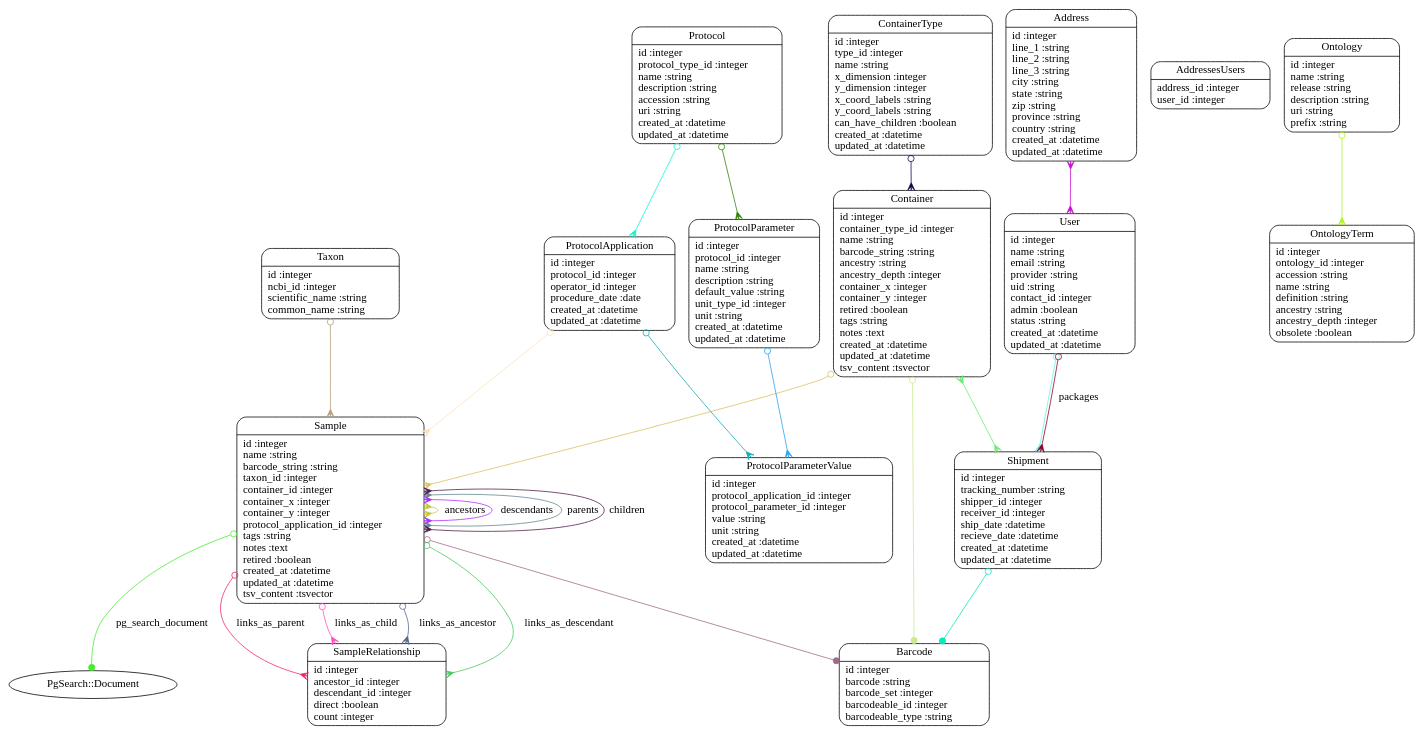
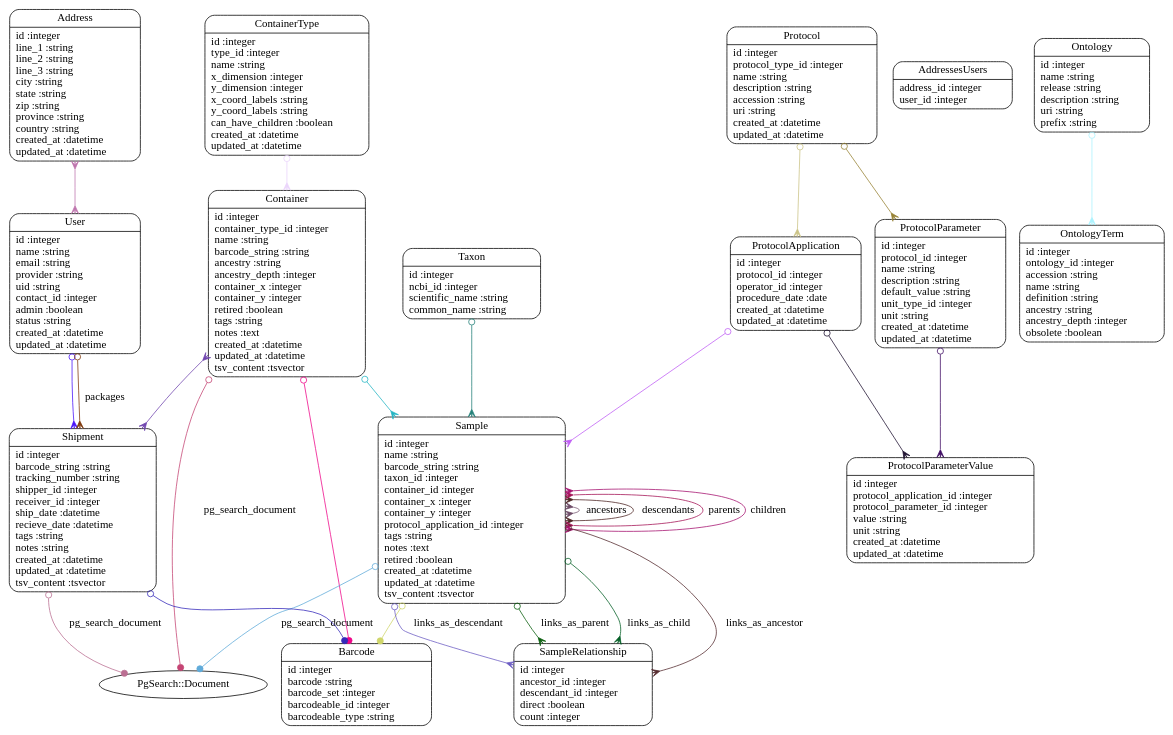
Before and after one commit to dimitras/collos: the diagram in models.dot, drawn with Graphviz. The commit also changed 10 other files, not shown here.

```diff
--- a/models.dot
+++ b/models.dot
@@ -1,44 +1,46 @@
 digraph models_diagram {
 	graph[overlap=false, splines=true]
 	"Address" [shape=Mrecord, label="{Address|id :integer\lline_1 :string\lline_2 :string\lline_3 :string\lcity :string\lstate :string\lzip :string\lprovince :string\lcountry :string\lcreated_at :datetime\lupdated_at :datetime\l}"]
 	"AddressesUsers" [shape=Mrecord, label="{AddressesUsers|address_id :integer\luser_id :integer\l}"]
 	"Barcode" [shape=Mrecord, label="{Barcode|id :integer\lbarcode :string\lbarcode_set :integer\lbarcodeable_id :integer\lbarcodeable_type :string\l}"]
 	"Container" [shape=Mrecord, label="{Container|id :integer\lcontainer_type_id :integer\lname :string\lbarcode_string :string\lancestry :string\lancestry_depth :integer\lcontainer_x :integer\lcontainer_y :integer\lretired :boolean\ltags :string\lnotes :text\lcreated_at :datetime\lupdated_at :datetime\ltsv_content :tsvector\l}"]
 	"ContainerType" [shape=Mrecord, label="{ContainerType|id :integer\ltype_id :integer\lname :string\lx_dimension :integer\ly_dimension :integer\lx_coord_labels :string\ly_coord_labels :string\lcan_have_children :boolean\lcreated_at :datetime\lupdated_at :datetime\l}"]
 	"Ontology" [shape=Mrecord, label="{Ontology|id :integer\lname :string\lrelease :string\ldescription :string\luri :string\lprefix :string\l}"]
 	"OntologyTerm" [shape=Mrecord, label="{OntologyTerm|id :integer\lontology_id :integer\laccession :string\lname :string\ldefinition :string\lancestry :string\lancestry_depth :integer\lobsolete :boolean\l}"]
 	"Protocol" [shape=Mrecord, label="{Protocol|id :integer\lprotocol_type_id :integer\lname :string\ldescription :string\laccession :string\luri :string\lcreated_at :datetime\lupdated_at :datetime\l}"]
 	"ProtocolApplication" [shape=Mrecord, label="{ProtocolApplication|id :integer\lprotocol_id :integer\loperator_id :integer\lprocedure_date :date\lcreated_at :datetime\lupdated_at :datetime\l}"]
 	"ProtocolParameter" [shape=Mrecord, label="{ProtocolParameter|id :integer\lprotocol_id :integer\lname :string\ldescription :string\ldefault_value :string\lunit_type_id :integer\lunit :string\lcreated_at :datetime\lupdated_at :datetime\l}"]
 	"ProtocolParameterValue" [shape=Mrecord, label="{ProtocolParameterValue|id :integer\lprotocol_application_id :integer\lprotocol_parameter_id :integer\lvalue :string\lunit :string\lcreated_at :datetime\lupdated_at :datetime\l}"]
 	"Sample" [shape=Mrecord, label="{Sample|id :integer\lname :string\lbarcode_string :string\ltaxon_id :integer\lcontainer_id :integer\lcontainer_x :integer\lcontainer_y :integer\lprotocol_application_id :integer\ltags :string\lnotes :text\lretired :boolean\lcreated_at :datetime\lupdated_at :datetime\ltsv_content :tsvector\l}"]
 	"SampleRelationship" [shape=Mrecord, label="{SampleRelationship|id :integer\lancestor_id :integer\ldescendant_id :integer\ldirect :boolean\lcount :integer\l}"]
-	"Shipment" [shape=Mrecord, label="{Shipment|id :integer\ltracking_number :string\lshipper_id :integer\lreceiver_id :integer\lship_date :datetime\lrecieve_date :datetime\lcreated_at :datetime\lupdated_at :datetime\l}"]
+	"Shipment" [shape=Mrecord, label="{Shipment|id :integer\lbarcode_string :string\ltracking_number :string\lshipper_id :integer\lreceiver_id :integer\lship_date :datetime\lrecieve_date :datetime\ltags :string\lnotes :string\lcreated_at :datetime\lupdated_at :datetime\ltsv_content :tsvector\l}"]
 	"Taxon" [shape=Mrecord, label="{Taxon|id :integer\lncbi_id :integer\lscientific_name :string\lcommon_name :string\l}"]
 	"User" [shape=Mrecord, label="{User|id :integer\lname :string\lemail :string\lprovider :string\luid :string\lcontact_id :integer\ladmin :boolean\lstatus :string\lcreated_at :datetime\lupdated_at :datetime\l}"]
-	"Address" -> "User" [arrowtail=crow, arrowhead=crow, dir=both color="#C310D0"]
-	"Container" -> "Sample" [arrowtail=odot, arrowhead=crow, dir=both color="#DCBF5B"]
-	"Container" -> "Barcode" [arrowtail=odot, arrowhead=dot, dir=both color="#CCEA8B"]
-	"Container" -> "Shipment" [arrowtail=crow, arrowhead=crow, dir=both color="#67ED74"]
-	"ContainerType" -> "Container" [arrowtail=odot, arrowhead=crow, dir=both color="#140256"]
-	"Ontology" -> "OntologyTerm" [arrowtail=odot, arrowhead=crow, dir=both color="#AAF71D"]
-	"Protocol" -> "ProtocolApplication" [arrowtail=odot, arrowhead=crow, dir=both color="#10F2D2"]
-	"Protocol" -> "ProtocolParameter" [arrowtail=odot, arrowhead=crow, dir=both color="#2F8304"]
-	"ProtocolApplication" -> "Sample" [arrowtail=odot, arrowhead=crow, dir=both color="#FEE1B6"]
-	"ProtocolApplication" -> "ProtocolParameterValue" [arrowtail=odot, arrowhead=crow, dir=both color="#11AAB7"]
-	"ProtocolParameter" -> "ProtocolParameterValue" [arrowtail=odot, arrowhead=crow, dir=both color="#29A2F3"]
-	"Sample" -> "Barcode" [arrowtail=odot, arrowhead=dot, dir=both color="#A16A8C"]
-	"Sample" -> "SampleRelationship" [label="links_as_ancestor", arrowtail=odot, arrowhead=crow, dir=both color="#56658A"]
-	"Sample" -> "SampleRelationship" [label="links_as_descendant", arrowtail=odot, arrowhead=crow, dir=both color="#41CB5C"]
-	"Sample" -> "Sample" [label="ancestors", arrowtail=crow, arrowhead=crow, dir=both color="#C5C336"]
-	"Sample" -> "Sample" [label="descendants", arrowtail=crow, arrowhead=crow, dir=both color="#AE2CFD"]
-	"Sample" -> "SampleRelationship" [label="links_as_parent", arrowtail=odot, arrowhead=crow, dir=both color="#EE2374"]
-	"Sample" -> "SampleRelationship" [label="links_as_child", arrowtail=odot, arrowhead=crow, dir=both color="#FB4EBC"]
-	"Sample" -> "Sample" [label="parents", arrowtail=crow, arrowhead=crow, dir=both color="#648490"]
-	"Sample" -> "Sample" [label="children", arrowtail=crow, arrowhead=crow, dir=both color="#521A4A"]
-	"Sample" -> "PgSearch::Document" [label="pg_search_document", arrowtail=odot, arrowhead=dot, dir=both color="#45ED2F"]
-	"Shipment" -> "Barcode" [arrowtail=odot, arrowhead=dot, dir=both color="#04EBBA"]
-	"Taxon" -> "Sample" [arrowtail=odot, arrowhead=crow, dir=both color="#B59F7B"]
-	"User" -> "Shipment" [arrowtail=odot, arrowhead=crow, dir=both color="#64F1EC"]
-	"User" -> "Shipment" [label="packages", arrowtail=odot, arrowhead=crow, dir=both color="#8A041D"]
+	"Address" -> "User" [arrowtail=crow, arrowhead=crow, dir=both color="#BF74AD"]
+	"Container" -> "Sample" [arrowtail=odot, arrowhead=crow, dir=both color="#24B5C4"]
+	"Container" -> "Barcode" [arrowtail=odot, arrowhead=dot, dir=both color="#EF0789"]
+	"Container" -> "Shipment" [arrowtail=crow, arrowhead=crow, dir=both color="#7145AF"]
+	"Container" -> "PgSearch::Document" [label="pg_search_document", arrowtail=odot, arrowhead=dot, dir=both color="#C54574"]
+	"ContainerType" -> "Container" [arrowtail=odot, arrowhead=crow, dir=both color="#EBD5FB"]
+	"Ontology" -> "OntologyTerm" [arrowtail=odot, arrowhead=crow, dir=both color="#ABF3FE"]
+	"Protocol" -> "ProtocolApplication" [arrowtail=odot, arrowhead=crow, dir=both color="#CBC387"]
+	"Protocol" -> "ProtocolParameter" [arrowtail=odot, arrowhead=crow, dir=both color="#988235"]
+	"ProtocolApplication" -> "Sample" [arrowtail=odot, arrowhead=crow, dir=both color="#C05EF5"]
+	"ProtocolApplication" -> "ProtocolParameterValue" [arrowtail=odot, arrowhead=crow, dir=both color="#1F1231"]
+	"ProtocolParameter" -> "ProtocolParameterValue" [arrowtail=odot, arrowhead=crow, dir=both color="#400E65"]
+	"Sample" -> "Barcode" [arrowtail=odot, arrowhead=dot, dir=both color="#CFD66B"]
+	"Sample" -> "SampleRelationship" [label="links_as_ancestor", arrowtail=odot, arrowhead=crow, dir=both color="#552B2F"]
+	"Sample" -> "SampleRelationship" [label="links_as_descendant", arrowtail=odot, arrowhead=crow, dir=both color="#6C5DC4"]
+	"Sample" -> "Sample" [label="ancestors", arrowtail=crow, arrowhead=crow, dir=both color="#6D4B66"]
+	"Sample" -> "Sample" [label="descendants", arrowtail=crow, arrowhead=crow, dir=both color="#4D2524"]
+	"Sample" -> "SampleRelationship" [label="links_as_parent", arrowtail=odot, arrowhead=crow, dir=both color="#0A5E0E"]
+	"Sample" -> "SampleRelationship" [label="links_as_child", arrowtail=odot, arrowhead=crow, dir=both color="#055F26"]
+	"Sample" -> "Sample" [label="parents", arrowtail=crow, arrowhead=crow, dir=both color="#A51355"]
+	"Sample" -> "Sample" [label="children", arrowtail=crow, arrowhead=crow, dir=both color="#A6116F"]
+	"Sample" -> "PgSearch::Document" [label="pg_search_document", arrowtail=odot, arrowhead=dot, dir=both color="#60ABDA"]
+	"Shipment" -> "Barcode" [arrowtail=odot, arrowhead=dot, dir=both color="#3429BA"]
+	"Shipment" -> "PgSearch::Document" [label="pg_search_document", arrowtail=odot, arrowhead=dot, dir=both color="#BB6F92"]
+	"Taxon" -> "Sample" [arrowtail=odot, arrowhead=crow, dir=both color="#25817A"]
+	"User" -> "Shipment" [arrowtail=odot, arrowhead=crow, dir=both color="#4A14F9"]
+	"User" -> "Shipment" [label="packages", arrowtail=odot, arrowhead=crow, dir=both color="#7F380C"]
 }
```
